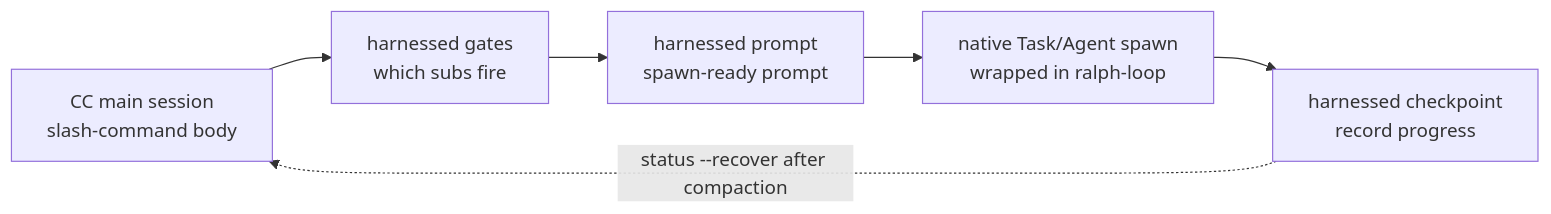
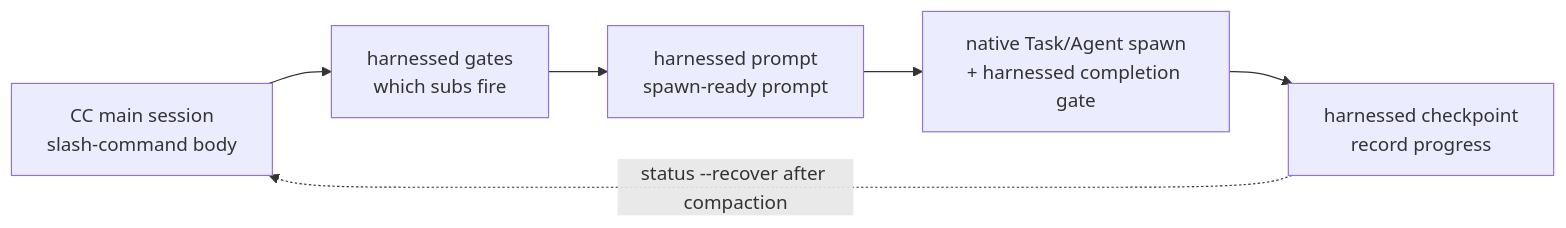
Before and after one commit to easyinplay/harnessed-site: the diagram in src/content/docs/docs/reference/cli.md, drawn with Mermaid. The commit also changed other lines of this file and 79 other files, not shown here.

````diff
--- a/src/content/docs/docs/reference/cli.md
+++ b/src/content/docs/docs/reference/cli.md
@@ -10,8 +10,8 @@
 ```mermaid
 flowchart LR
   M["CC main session<br/>slash-command body"] --> G["harnessed gates<br/>which subs fire"]
   G --> P["harnessed prompt<br/>spawn-ready prompt"]
-  P --> S["native Task/Agent spawn<br/>wrapped in ralph-loop"]
+  P --> S["native Task/Agent spawn<br/>+ harnessed completion gate"]
   S --> C["harnessed checkpoint<br/>record progress"]
   C -. "status --recover after compaction" .-> M
 ```
````
